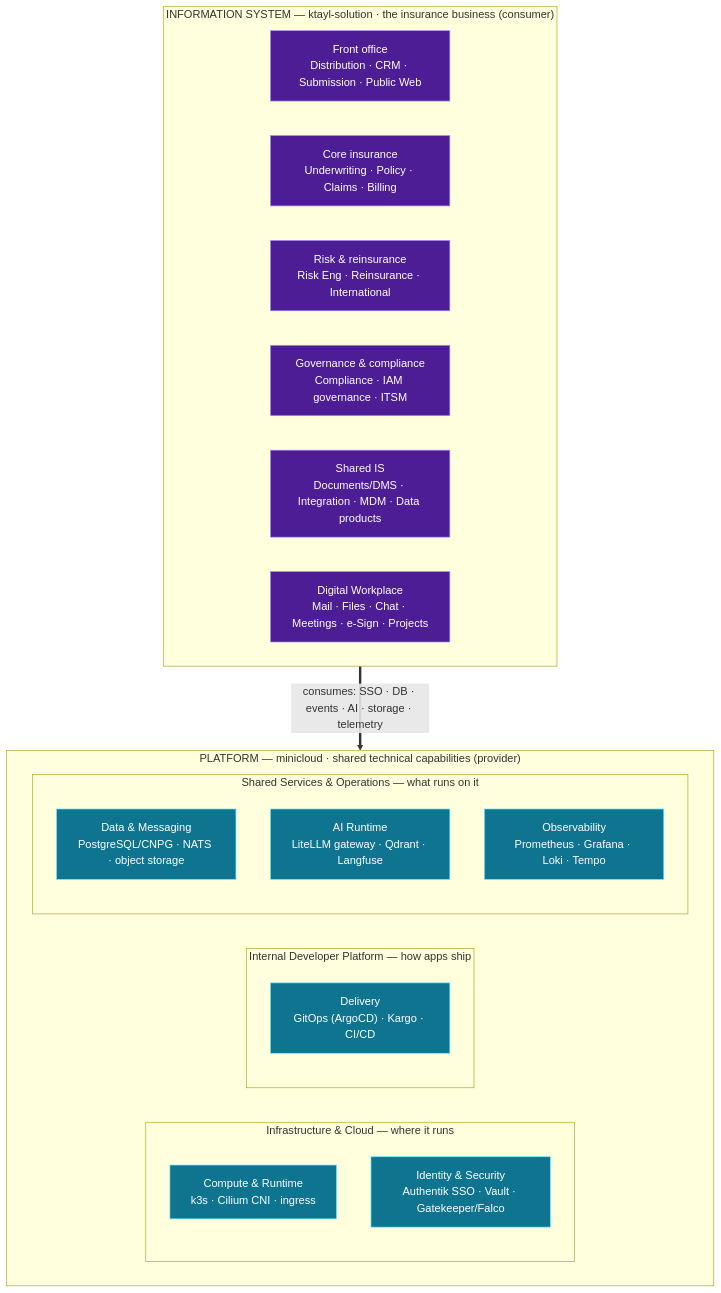
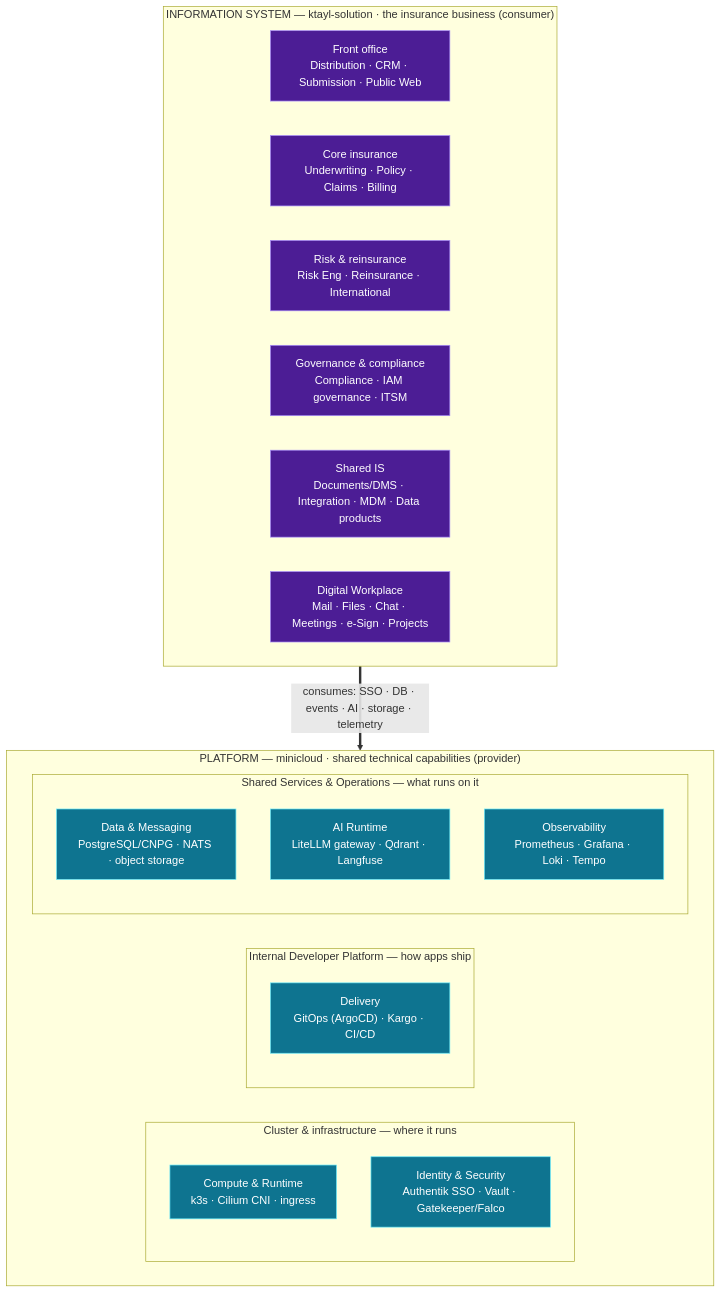
Before and after one commit to andrelair-platform/minicloud-platform-docs: the diagram in docs/architecture/index.md, drawn with Mermaid. The commit also changed other lines of this file and 1 other file, not shown here.

Commit message:
docs: make the Platform's two big blocks obvious in the sidebar (#473)
So Platform info is easy to find: the pillar is clearly (1) the cluster, (2) the IDP.
- 'Infrastructure & Cloud' -> 'Cluster & infrastructure', and folded 'How the
  cluster was built' into it (first item) so ALL cluster/infra docs sit together.
- 'Internal Developer Platform' -> 'Internal Developer Platform (IDP)' (spell out
  the acronym the owner uses).
- Kept the Architecture L1 diagram + its 'same as the sidebar' sentence coherent
  with the new labels.
Lossless: doc-id set unchanged (216=216). Build passes EN + FR.

````diff
--- a/docs/architecture/index.md
+++ b/docs/architecture/index.md
@@ -50,35 +50,35 @@
 ```mermaid
 flowchart TB
   subgraph IS["INFORMATION SYSTEM — ktayl-solution · the insurance business (consumer)"]
     direction LR
     FO["Front office<br/>Distribution · CRM · Submission · Public Web"]
     CORE["Core insurance<br/>Underwriting · Policy · Claims · Billing"]
     RR["Risk &amp; reinsurance<br/>Risk Eng · Reinsurance · International"]
     GOV["Governance &amp; compliance<br/>Compliance · IAM governance · ITSM"]
     SHARED["Shared IS<br/>Documents/DMS · Integration · MDM · Data products"]
     DW["Digital Workplace<br/>Mail · Files · Chat · Meetings · e-Sign · Projects"]
   end
 
   subgraph PLAT["PLATFORM — minicloud · shared technical capabilities (provider)"]
     direction LR
-    subgraph P1["Infrastructure &amp; Cloud — where it runs"]
+    subgraph P1["Cluster &amp; infrastructure — where it runs"]
       RT["Compute &amp; Runtime<br/>k3s · Cilium CNI · ingress"]
       SEC["Identity &amp; Security<br/>Authentik SSO · Vault · Gatekeeper/Falco"]
     end
     subgraph P2["Internal Developer Platform — how apps ship"]
       DEL["Delivery<br/>GitOps (ArgoCD) · Kargo · CI/CD"]
     end
     subgraph P3["Shared Services &amp; Operations — what runs on it"]
       DATA["Data &amp; Messaging<br/>PostgreSQL/CNPG · NATS · object storage"]
       AIR["AI Runtime<br/>LiteLLM gateway · Qdrant · Langfuse"]
       OBS["Observability<br/>Prometheus · Grafana · Loki · Tempo"]
     end
   end
 
   IS ==>|"consumes: SSO · DB · events · AI · storage · telemetry"| PLAT
 
   classDef is fill:#4c1d95,stroke:#a78bfa,color:#ffffff;
   classDef plat fill:#0e7490,stroke:#67e8f9,color:#ffffff;
   class FO,CORE,RR,GOV,SHARED,DW is;
   class RT,DEL,SEC,DATA,AIR,OBS plat;
 ```
````
